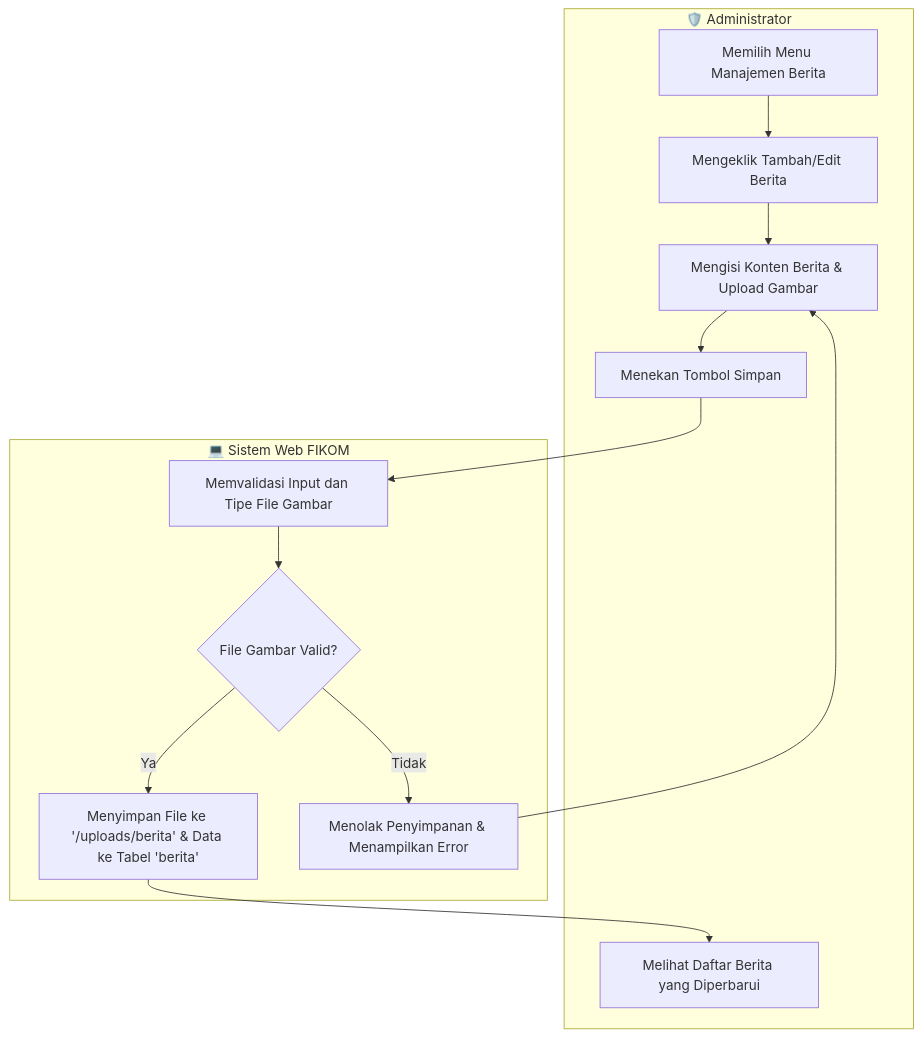
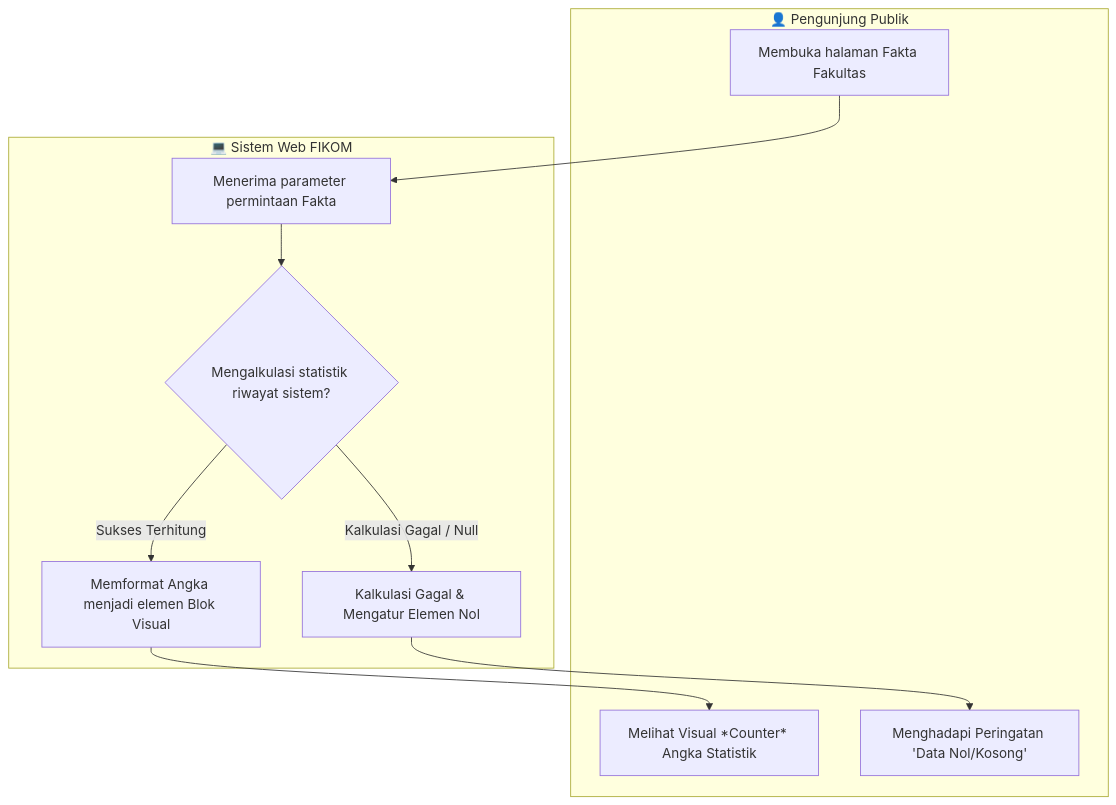
Before and after one commit to arbain-dev/Web_fikom: the third of 4 diagrams in docs/dokumen_1_activity_diagram.md, drawn with Mermaid. The commit also changed other lines of this file, not shown here.

Commit message:
docs: revisi Dokumen 1 dengan urutan visi misi, struktur, fakta, profil

````diff
--- a/docs/dokumen_1_activity_diagram.md
+++ b/docs/dokumen_1_activity_diagram.md
@@ -88,27 +79,22 @@
 ```mermaid
 flowchart TD
-    subgraph Administrator[🛡️ Administrator]
-        A[Memilih Menu Manajemen Berita]
-        B[Mengeklik Tambah/Edit Berita]
-        C[Mengisi Konten Berita & Upload Gambar]
-        D[Menekan Tombol Simpan]
-        I[Melihat Daftar Berita yang Diperbarui]
+    subgraph Pengunjung[👤 Pengunjung Publik]
+        A[Membuka halaman Fakta Fakultas]
+        E[Melihat Visual *Counter* Angka Statistik]
+        F[Menghadapi Peringatan 'Data Nol/Kosong']
     end
     
     subgraph Sistem[💻 Sistem Web FIKOM]
-        E[Memvalidasi Input dan Tipe File Gambar]
-        F{File Gambar Valid?}
-        G[Menyimpan File ke '/uploads/berita' & Data ke Tabel 'berita']
-        H[Menolak Penyimpanan & Menampilkan Error]
+        B[Menerima parameter permintaan Fakta]
+        C{Mengalkulasi statistik riwayat sistem?}
+        D[Memformat Angka menjadi elemen Blok Visual]
+        G[Kalkulasi Gagal & Mengatur Elemen Nol]
     end
 
     A --> B
     B --> C
-    C --> D
+    C -- Sukses Terhitung --> D
     D --> E
-    E --> F
-    F -- Ya --> G
-    F -- Tidak --> H
-    G --> I
-    H --> C
+    C -- Kalkulasi Gagal / Null --> G
+    G --> F
 ```
````
